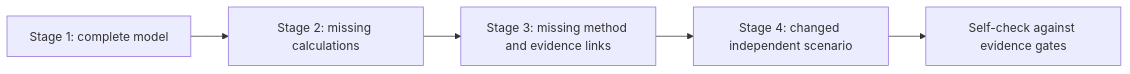
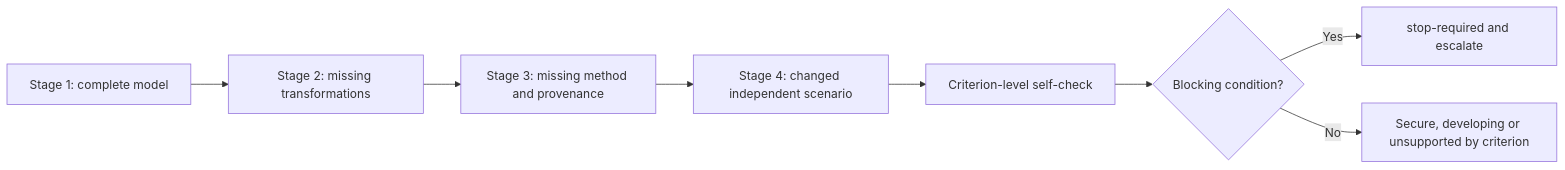
The first of 2 diagrams in docs/learning-plans/12-week/modules/day-27-worked-example-fading-for-circuit-design.md (andrew3stedall/capstone), drawn with Mermaid before and after one commit. The commit also changed other lines of this file, not shown here.

````diff
--- a/docs/learning-plans/12-week/modules/day-27-worked-example-fading-for-circuit-design.md
+++ b/docs/learning-plans/12-week/modules/day-27-worked-example-fading-for-circuit-design.md
@@ -74,7 +83,10 @@
 ```mermaid
 flowchart LR
-    A["Stage 1: complete model"] --> B["Stage 2: missing calculations"]
-    B --> C["Stage 3: missing method and evidence links"]
+    A["Stage 1: complete model"] --> B["Stage 2: missing transformations"]
+    B --> C["Stage 3: missing method and provenance"]
     C --> D["Stage 4: changed independent scenario"]
-    D --> E["Self-check against evidence gates"]
+    D --> E["Criterion-level self-check"]
+    E --> F{"Blocking condition?"}
+    F -- "Yes" --> G["stop-required and escalate"]
+    F -- "No" --> H["Secure, developing or unsupported by criterion"]
 ```
````
